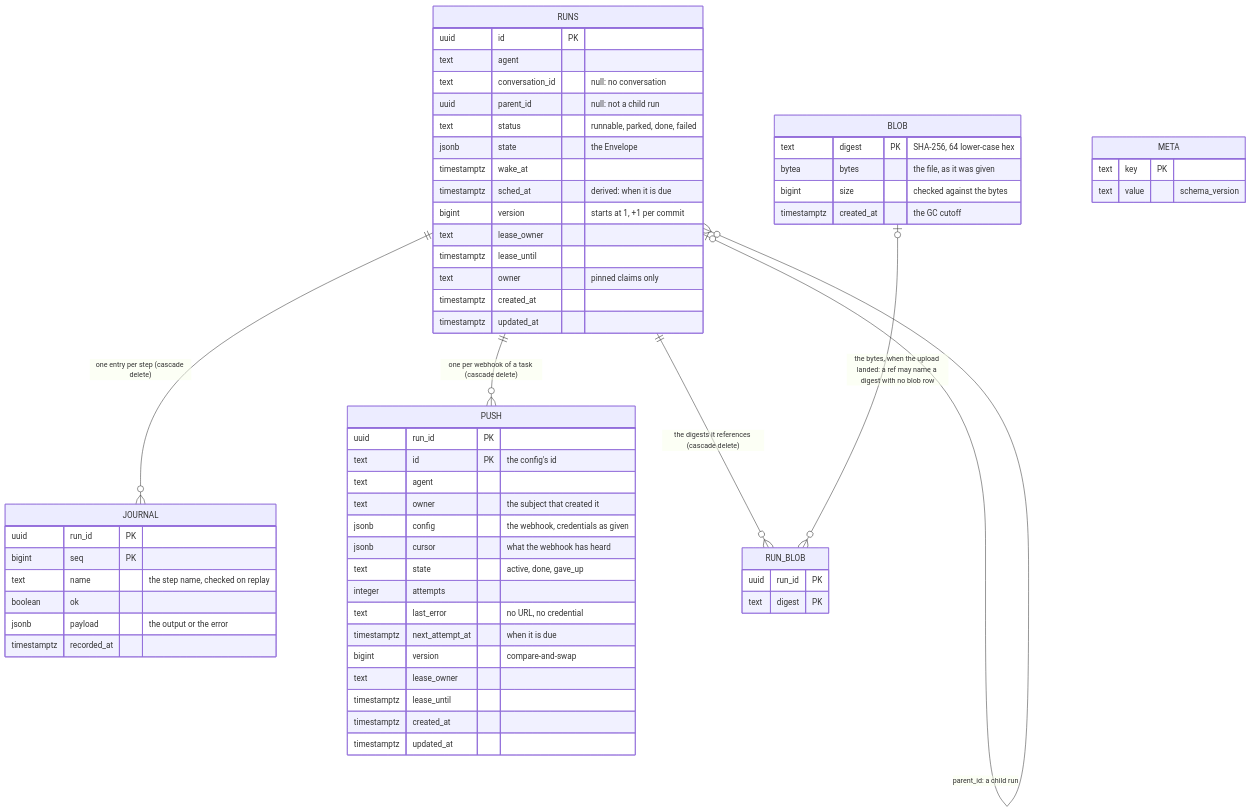
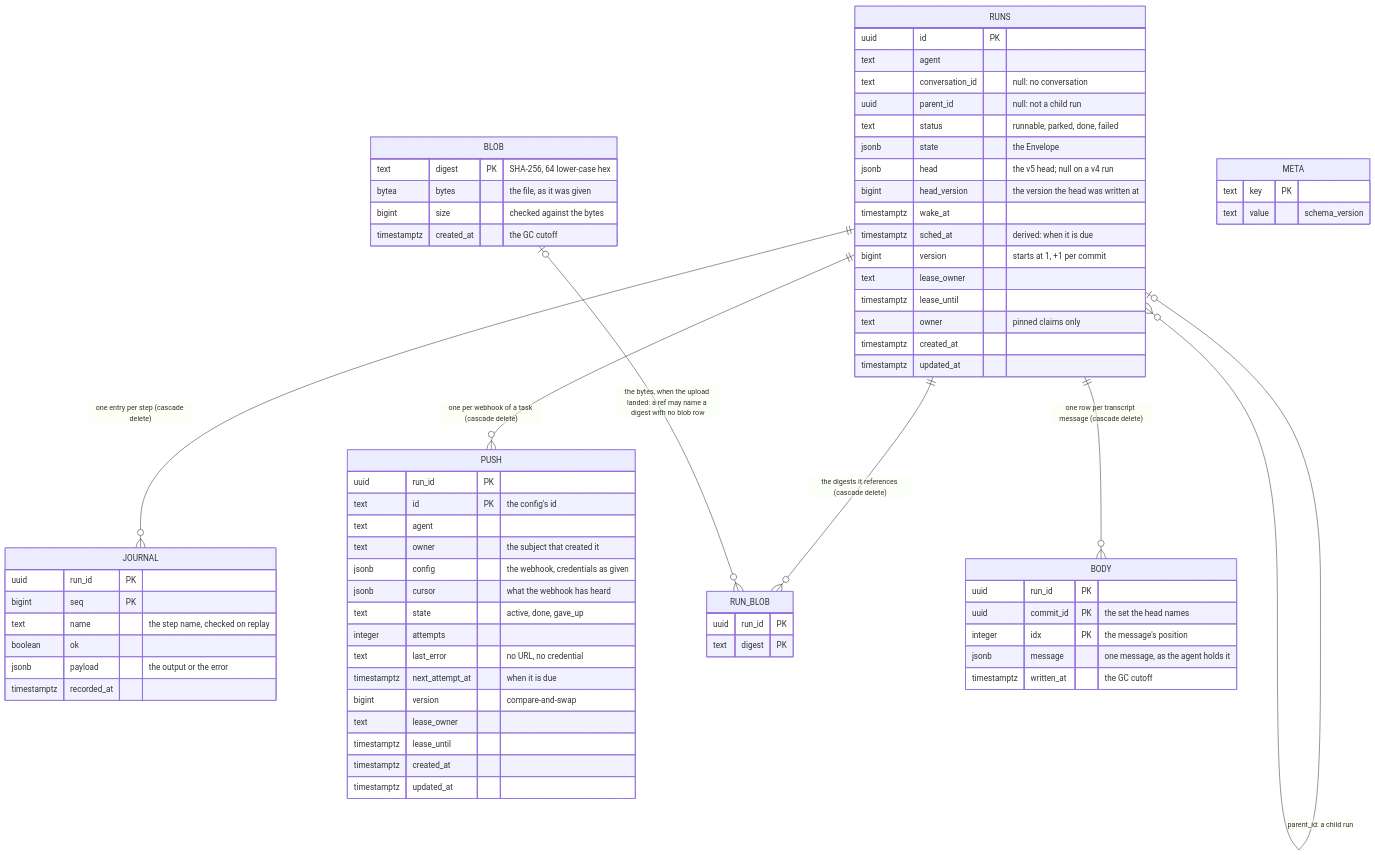
One commit to vymalo/another-adam-rs changed diagram 16 of 26 in docs/architecture.md. Above: the diagram before and after it, drawn with Mermaid. The commit also changed other lines of this file and 33 other files, not shown here.

First line of the commit message:
feat(store): write the head and the body beside the state (schema v5, part 2)

````diff
--- a/docs/architecture.md
+++ b/docs/architecture.md
@@ -909,63 +911,73 @@
 ```mermaid
 erDiagram
     RUNS ||--o{ JOURNAL : "one entry per step (cascade delete)"
     RUNS ||--o{ PUSH : "one per webhook of a task (cascade delete)"
     RUNS ||--o{ RUN_BLOB : "the digests it references (cascade delete)"
+    RUNS ||--o{ BODY : "one row per transcript message (cascade delete)"
     BLOB |o--o{ RUN_BLOB : "the bytes, when the upload landed: a ref may name a digest with no blob row"
     RUNS |o--o{ RUNS : "parent_id: a child run"
     RUNS {
         uuid id PK
         text agent
         text conversation_id "null: no conversation"
         uuid parent_id "null: not a child run"
         text status "runnable, parked, done, failed"
         jsonb state "the Envelope"
+        jsonb head "the v5 head; null on a v4 run"
+        bigint head_version "the version the head was written at"
         timestamptz wake_at
         timestamptz sched_at "derived: when it is due"
         bigint version "starts at 1, +1 per commit"
         text lease_owner
         timestamptz lease_until
         text owner "pinned claims only"
         timestamptz created_at
         timestamptz updated_at
     }
     JOURNAL {
         uuid run_id PK
         bigint seq PK
         text name "the step name, checked on replay"
         boolean ok
         jsonb payload "the output or the error"
         timestamptz recorded_at
     }
     PUSH {
         uuid run_id PK
         text id PK "the config's id"
         text agent
         text owner "the subject that created it"
         jsonb config "the webhook, credentials as given"
         jsonb cursor "what the webhook has heard"
         text state "active, done, gave_up"
         integer attempts
         text last_error "no URL, no credential"
         timestamptz next_attempt_at "when it is due"
         bigint version "compare-and-swap"
         text lease_owner
         timestamptz lease_until
         timestamptz created_at
         timestamptz updated_at
     }
     BLOB {
         text digest PK "SHA-256, 64 lower-case hex"
         bytea bytes "the file, as it was given"
         bigint size "checked against the bytes"
         timestamptz created_at "the GC cutoff"
     }
     RUN_BLOB {
         uuid run_id PK
         text digest PK
     }
+    BODY {
+        uuid run_id PK
+        uuid commit_id PK "the set the head names"
+        integer idx PK "the message's position"
+        jsonb message "one message, as the agent holds it"
+        timestamptz written_at "the GC cutoff"
+    }
     META {
         text key PK
         text value "schema_version"
     }
 ```
````
